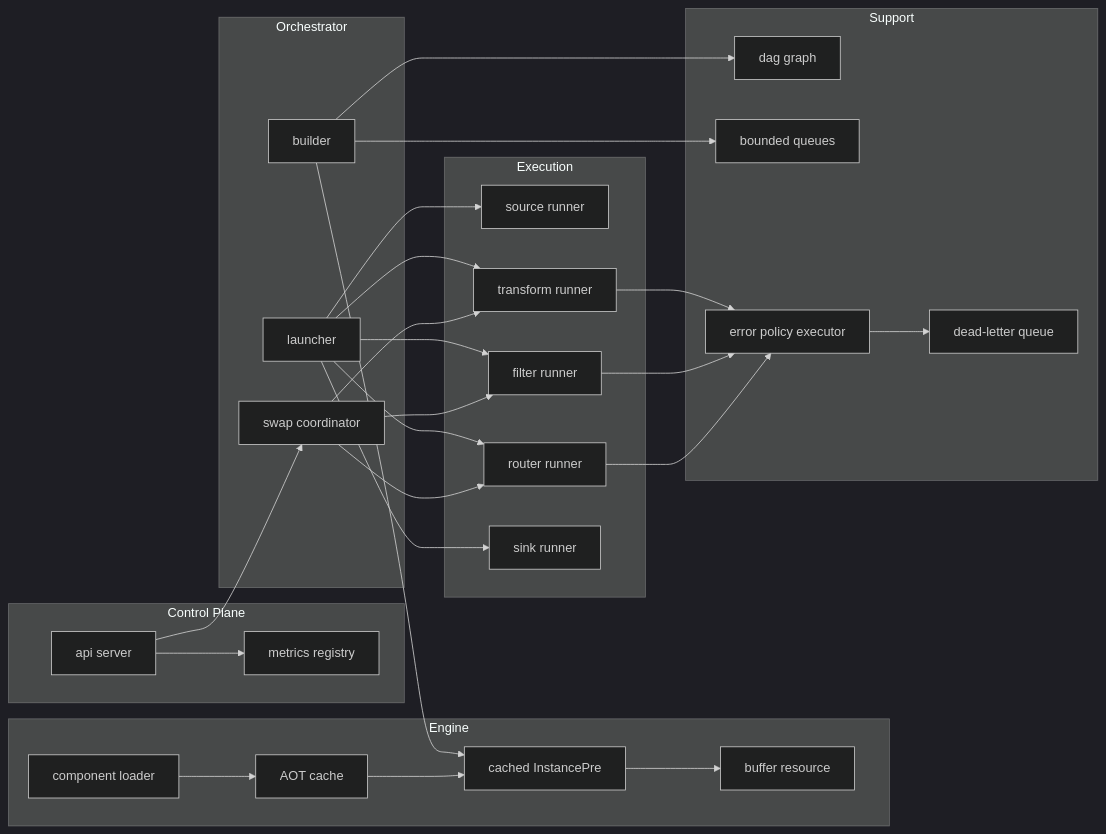
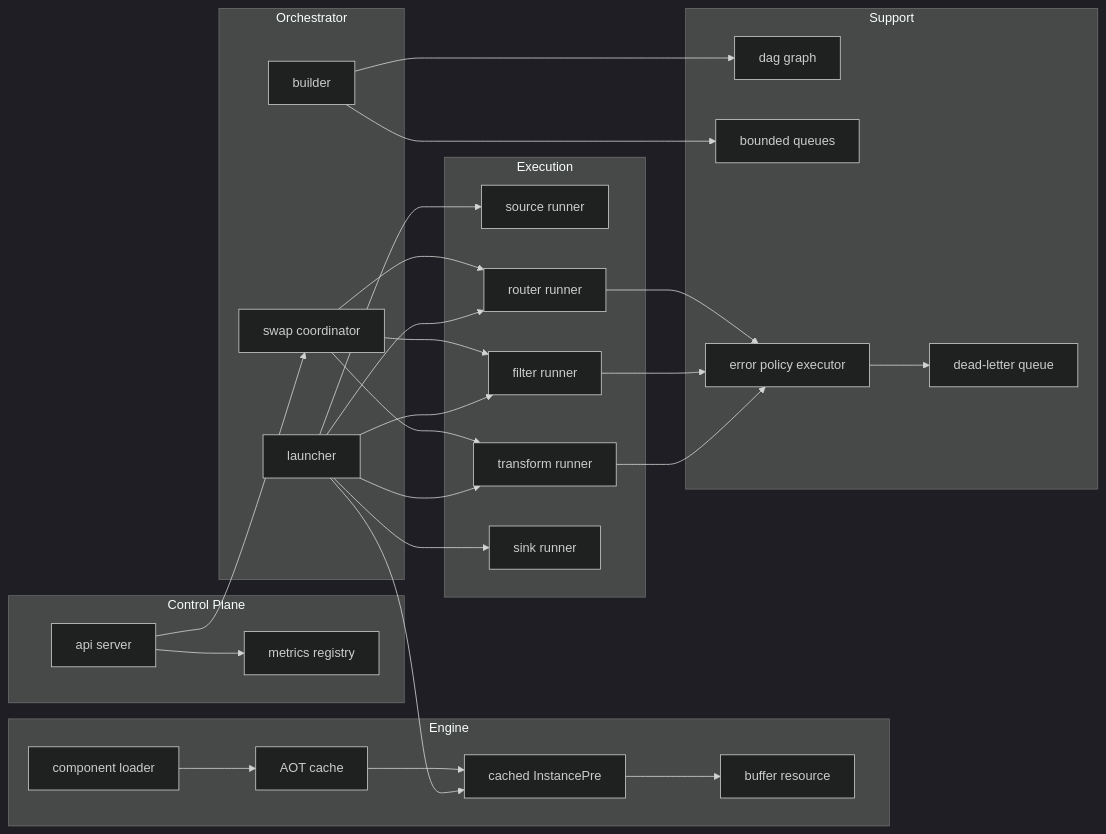
Before and after one commit to PedroKlein/wafer: the third of 3 diagrams in docs/architecture/03-building-blocks.md, drawn with Mermaid (dark theme). The commit also changed other lines of this file and 27 other files, not shown here.

````diff
--- a/docs/architecture/03-building-blocks.md
+++ b/docs/architecture/03-building-blocks.md
@@ -198,50 +198,50 @@
 ```mermaid
 flowchart LR
     subgraph Control Plane
         API[api server]
         METRICS[metrics registry]
     end
 
     subgraph Orchestrator
         BUILDER[builder]
         LAUNCHER[launcher]
         HOTSWAP[swap coordinator]
     end
 
     subgraph Execution
         SRC[source runner]
         TFM[transform runner]
         FLT[filter runner]
         RTR[router runner]
         SNK[sink runner]
     end
 
     subgraph Engine
         LOADER[component loader]
         CACHE[AOT cache]
         INST[cached InstancePre]
         BUF[buffer resource]
     end
 
     subgraph Support
         DAG[dag graph]
         QUEUE[bounded queues]
         DLQ[dead-letter queue]
         EPOL[error policy executor]
     end
 
     API --> HOTSWAP
     API --> METRICS
     BUILDER --> DAG
     BUILDER --> QUEUE
-    BUILDER --> INST
+    LAUNCHER --> INST
     LAUNCHER --> SRC & TFM & FLT & RTR & SNK
     HOTSWAP --> TFM & FLT & RTR
     TFM --> EPOL
     FLT --> EPOL
     RTR --> EPOL
     EPOL --> DLQ
     LOADER --> CACHE
     CACHE --> INST
     INST --> BUF
 ```
````
